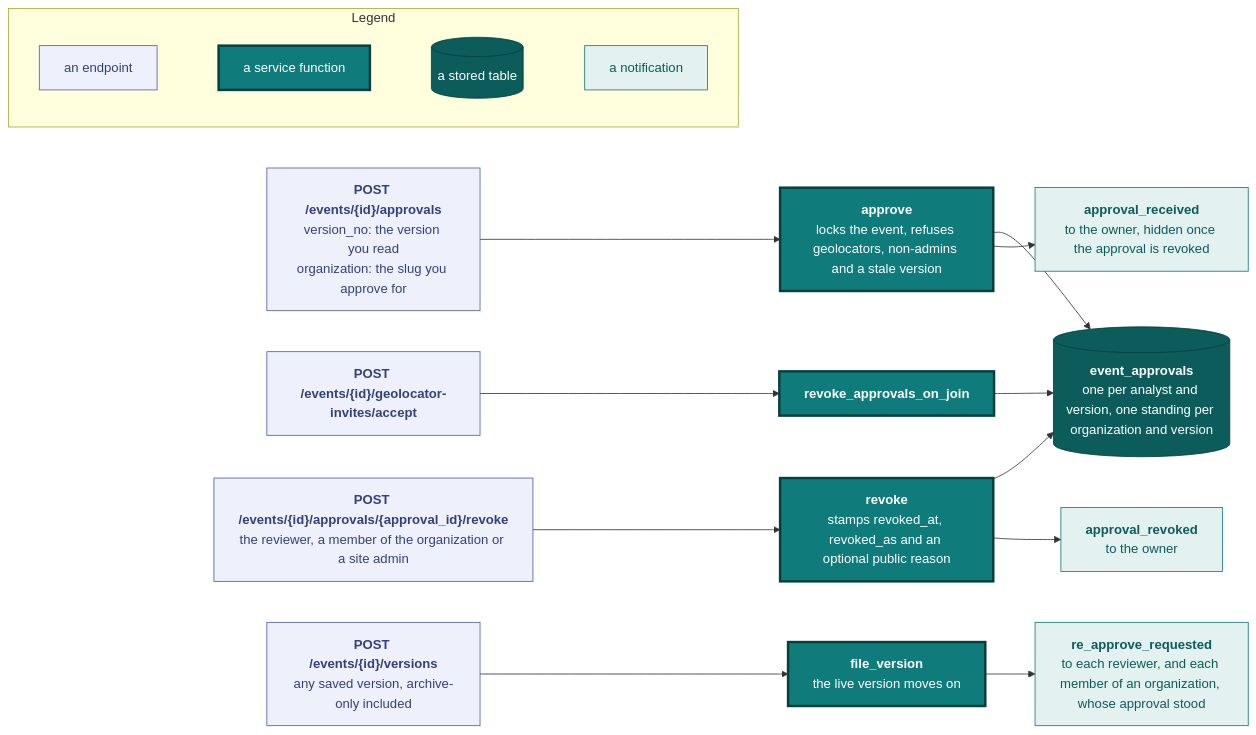
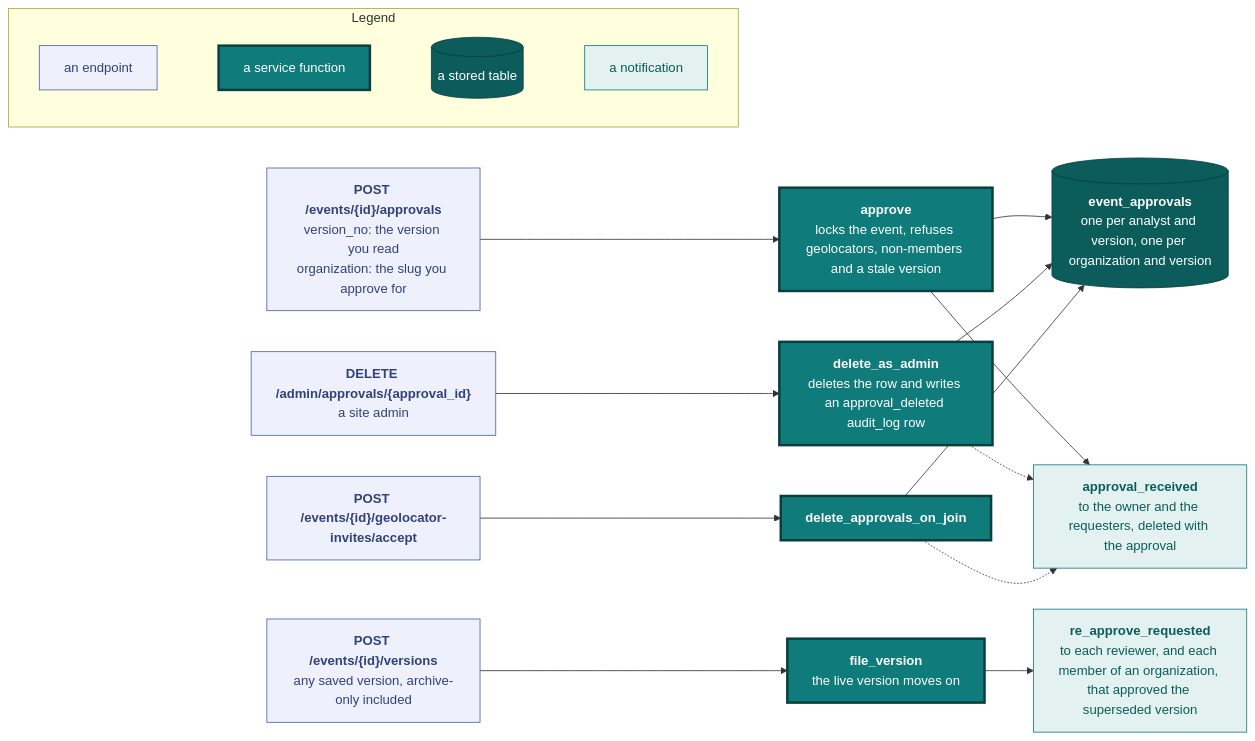
The fifth of 9 diagrams in docs/api.md (vidithq/vidit), drawn with Mermaid before and after one commit. The commit also changed other lines of this file and 617 other files, not shown here.

````diff
--- a/docs/api.md
+++ b/docs/api.md
@@ -1456,47 +1617,46 @@
 ```mermaid
 flowchart LR
   classDef spec fill:#eef1fb,stroke:#4a5fa5,color:#33417a
   classDef core fill:#0f7b7a,stroke:#083f3e,stroke-width:3px,color:#ffffff
   classDef store fill:#0b5c5b,stroke:#083f3e,color:#ffffff
   classDef shared fill:#e3f2f1,stroke:#0f7b7a,color:#0b5c5b
 
   subgraph legend [Legend]
     direction LR
     l1["`an endpoint`"]:::spec
     l2["`a service function`"]:::core
     l3[("`a stored table`")]:::store
     l4["`a notification`"]:::shared
     l1 ~~~ l2 ~~~ l3 ~~~ l4
   end
 
   approve["`**POST /events/{id}/approvals**
   version_no: the version you read
   organization: the slug you approve for`"]:::spec
-  revokeep["`**POST /events/{id}/approvals/{approval_id}/revoke**
-  the reviewer, a member of the organization or a site admin`"]:::spec
+  admindel["`**DELETE /admin/approvals/{approval_id}**
+  a site admin`"]:::spec
   edit["`**POST /events/{id}/versions**
   any saved version, archive-only included`"]:::spec
   accept["`**POST /events/{id}/geolocator-invites/accept**`"]:::spec
   place["`**approve**
-  locks the event, refuses geolocators, non-admins and a stale version`"]:::core
-  revoke["`**revoke**
-  stamps revoked_at, revoked_as and an optional public reason`"]:::core
+  locks the event, refuses geolocators, non-members and a stale version`"]:::core
+  delete["`**delete_as_admin**
+  deletes the row and writes an approval_deleted audit_log row`"]:::core
   file["`**file_version**
   the live version moves on`"]:::core
-  join["`**revoke_approvals_on_join**`"]:::core
+  join["`**delete_approvals_on_join**`"]:::core
   rows[("`**event_approvals**
-  one per analyst and version, one standing per organization and version`")]:::store
+  one per analyst and version, one per organization and version`")]:::store
   received["`**approval_received**
-  to the owner, hidden once the approval is revoked`"]:::shared
-  revoked["`**approval_revoked**
-  to the owner`"]:::shared
+  to the owner and the requesters, deleted with the approval`"]:::shared
   again["`**re_approve_requested**
-  to each reviewer, and each member of an organization, whose approval stood`"]:::shared
+  to each reviewer, and each member of an organization, that approved the superseded version`"]:::shared
 
   approve --> place --> rows
   place --> received
-  revokeep --> revoke --> rows
-  revoke --> revoked
+  admindel --> delete --> rows
+  delete -.-> received
   edit --> file --> again
   accept --> join --> rows
+  join -.-> received
 ```
````
